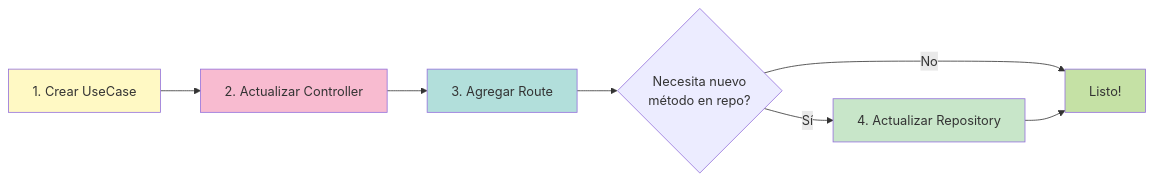
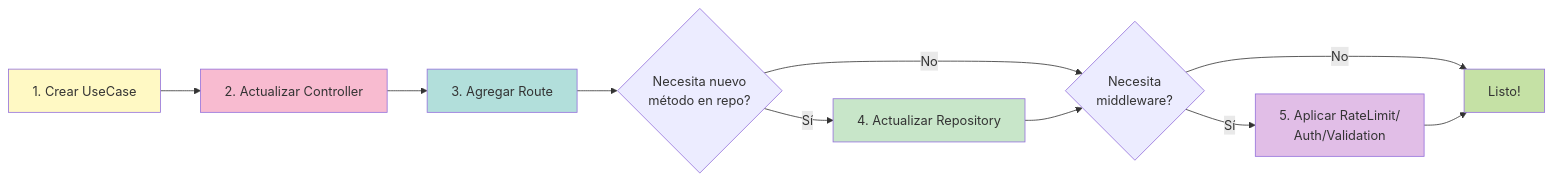
Before and after one commit to maximopeoficiales/node-ts-mysql-debug-template: diagram 12 of 15 in ARCHITECTURE.md, drawn with Mermaid. The commit also changed other lines of this file and 19 other files, not shown here.

First line of the commit message:
feat: Implement rate limiting middleware with Redis caching

````diff
--- a/ARCHITECTURE.md
+++ b/ARCHITECTURE.md
@@ -478,15 +802,19 @@
 ```mermaid
 flowchart LR
     A[1. Crear UseCase] --> B[2. Actualizar Controller]
     B --> C[3. Agregar Route]
     C --> D{Necesita nuevo<br/>método en repo?}
     D -->|Sí| E[4. Actualizar Repository]
-    D -->|No| F[Listo!]
+    D -->|No| F{Necesita<br/>middleware?}
     E --> F
+    F -->|Sí| G[5. Aplicar RateLimit/<br/>Auth/Validation]
+    F -->|No| H[Listo!]
+    G --> H
 
     style A fill:#fff9c4
     style B fill:#f8bbd0
     style C fill:#b2dfdb
     style E fill:#c8e6c9
-    style F fill:#c5e1a5
+    style G fill:#e1bee7
+    style H fill:#c5e1a5
 ```
````
